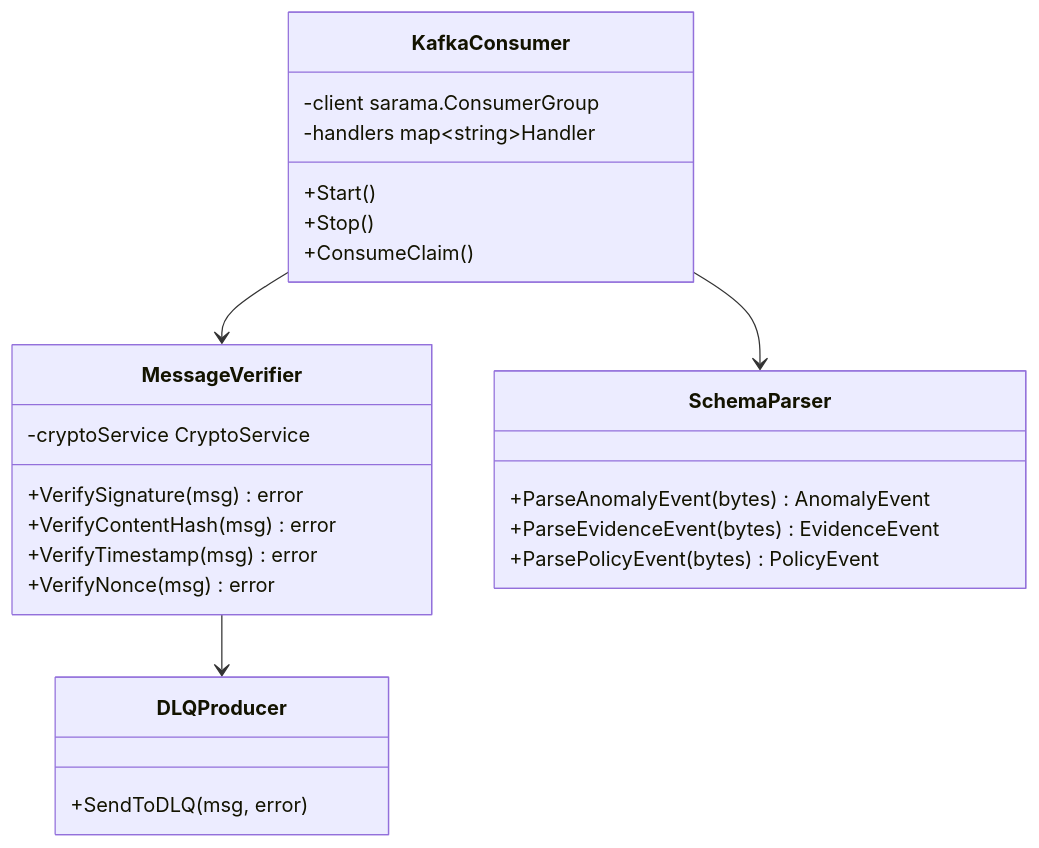
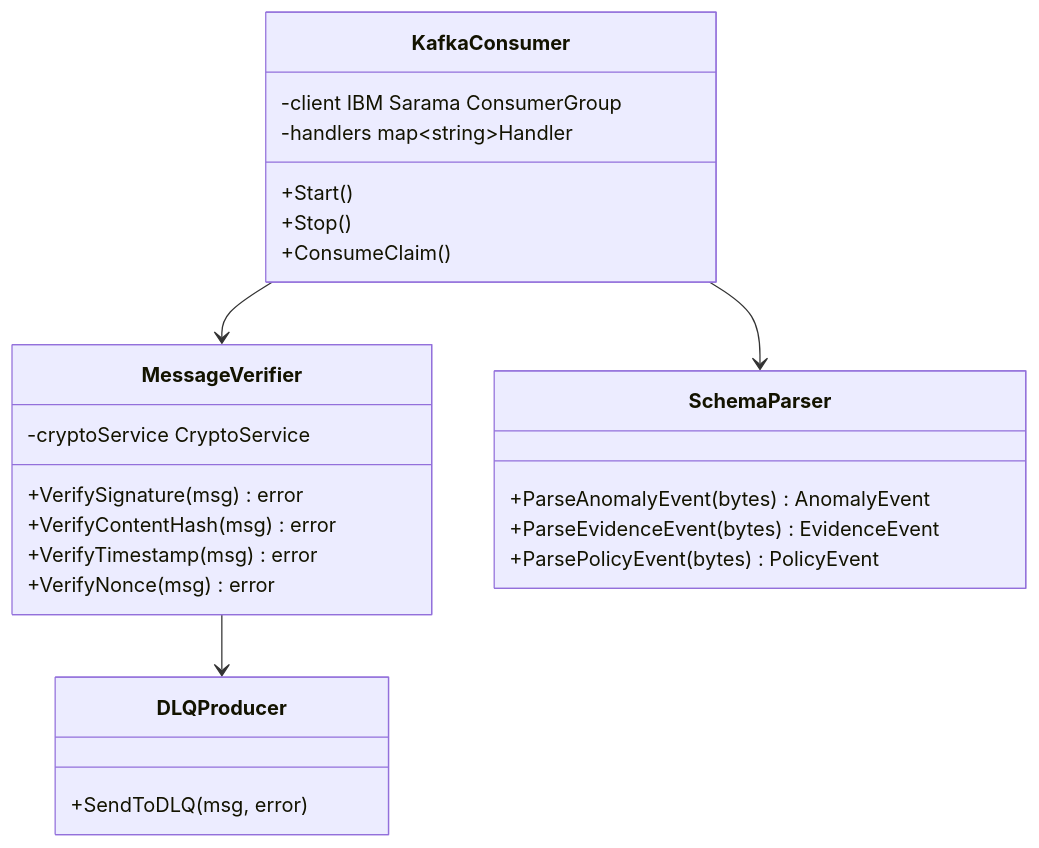
Before and after one commit to EveShark/CyberMesh: the seventh of 14 diagrams in docs/design/LLD-backend.md, drawn with Mermaid. The commit also changed other lines of this file and 13 other files, not shown here.

Commit message:
Update architecture and design documentation

````diff
--- a/docs/design/LLD-backend.md
+++ b/docs/design/LLD-backend.md
@@ -272,32 +272,32 @@
 ```mermaid
 classDiagram
     class KafkaConsumer {
-        -client sarama.ConsumerGroup
+        -client IBM Sarama ConsumerGroup
         -handlers map~string~Handler
         +Start()
         +Stop()
         +ConsumeClaim()
     }
     
     class MessageVerifier {
         -cryptoService CryptoService
         +VerifySignature(msg) error
         +VerifyContentHash(msg) error
         +VerifyTimestamp(msg) error
         +VerifyNonce(msg) error
     }
     
     class SchemaParser {
         +ParseAnomalyEvent(bytes) AnomalyEvent
         +ParseEvidenceEvent(bytes) EvidenceEvent
         +ParsePolicyEvent(bytes) PolicyEvent
     }
     
     class DLQProducer {
         +SendToDLQ(msg, error)
     }
     
     KafkaConsumer --> MessageVerifier
     KafkaConsumer --> SchemaParser
     MessageVerifier --> DLQProducer
 ```
````
